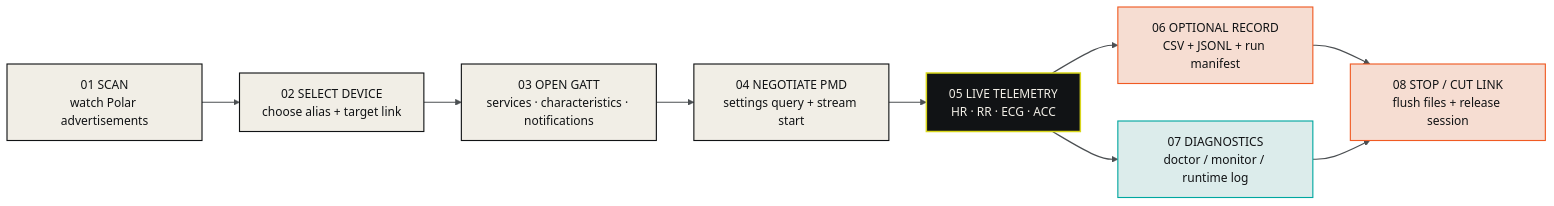
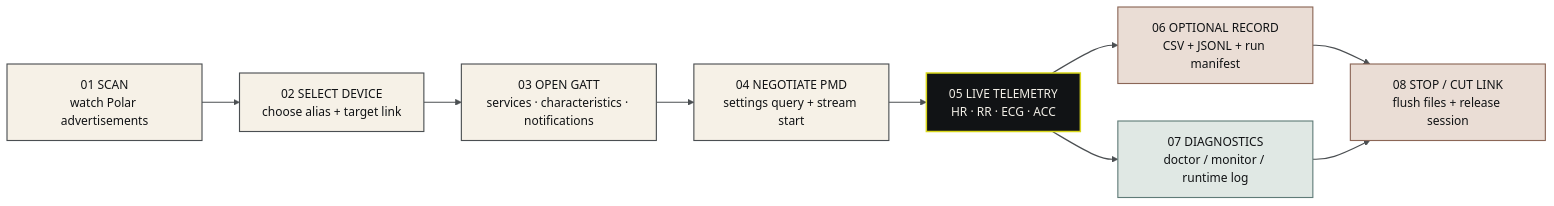
The diagram in docs/diagrams/session-lifecycle.mmd (MesmerPrism/PolarH10), drawn with Mermaid (neutral theme) before and after one commit. The commit also changed 11 other files, not shown here.

Commit message:
Soften Mermaid palette and viewer backgrounds

```diff
--- a/docs/diagrams/session-lifecycle.mmd
+++ b/docs/diagrams/session-lifecycle.mmd
@@ -1,21 +1,21 @@
 %% Runtime lifecycle from discovery through streaming and capture.
 
 flowchart LR
     S1["01 SCAN<br/>watch Polar advertisements"] --> S2["02 SELECT DEVICE<br/>choose alias + target link"]
     S2 --> S3["03 OPEN GATT<br/>services · characteristics · notifications"]
     S3 --> S4["04 NEGOTIATE PMD<br/>settings query + stream start"]
     S4 --> S5["05 LIVE TELEMETRY<br/>HR · RR · ECG · ACC"]
     S5 --> S6["06 OPTIONAL RECORD<br/>CSV + JSONL + run manifest"]
     S5 --> S7["07 DIAGNOSTICS<br/>doctor / monitor / runtime log"]
     S6 --> S8["08 STOP / CUT LINK<br/>flush files + release session"]
     S7 --> S8
 
-    classDef step fill:#F1EEE6,stroke:#111315,color:#111315,stroke-width:1.5px;
+    classDef step fill:#F6F1E7,stroke:#4B4F52,color:#111315,stroke-width:1.5px;
     classDef active fill:#111315,stroke:#D8D61A,color:#F1EEE6,stroke-width:2px;
-    classDef io fill:#DCECEB,stroke:#00A7A0,color:#111315,stroke-width:1.5px;
-    classDef output fill:#F6DDD2,stroke:#F05A22,color:#111315,stroke-width:1.5px;
+    classDef io fill:#E0E8E4,stroke:#607C78,color:#111315,stroke-width:1.5px;
+    classDef output fill:#EADDD5,stroke:#8B6656,color:#111315,stroke-width:1.5px;
     class S1,S2,S3,S4 step;
     class S5 active;
     class S7 io;
     class S6,S8 output;
     linkStyle default stroke:#4B4F52,stroke-width:1.6px;
```
